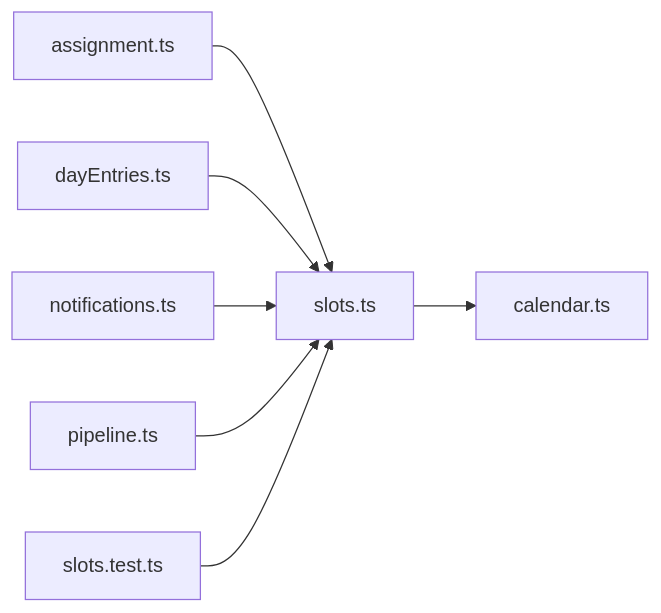
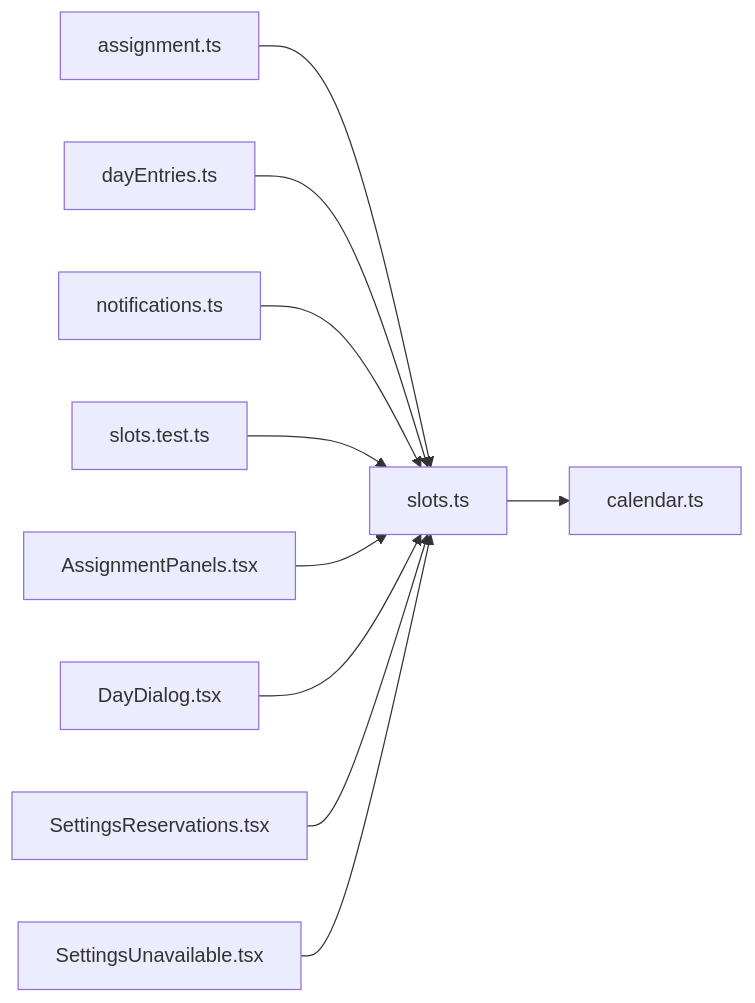
One commit to minkong-dev/Banblit changed the diagram in .cluedoc/graph/frontend/src/lib/slots.md. Above: the diagram before and after it, drawn with Mermaid. The commit also changed other lines of this file and 56 other files, not shown here.

Commit message:
frontend: import pure lib functions from their own files instead of through pipeline

````diff
--- a/.cluedoc/graph/frontend/src/lib/slots.md
+++ b/.cluedoc/graph/frontend/src/lib/slots.md
@@ -10,10 +10,13 @@
 ```mermaid
 flowchart LR
   frontend_src_lib_slots["slots.ts"]
   frontend_src_lib_slots --> frontend_src_lib_calendar["calendar.ts"]
   frontend_src_lib_assignment["assignment.ts"] --> frontend_src_lib_slots
   frontend_src_lib_dayEntries["dayEntries.ts"] --> frontend_src_lib_slots
   frontend_src_lib_notifications["notifications.ts"] --> frontend_src_lib_slots
-  frontend_src_lib_pipeline["pipeline.ts"] --> frontend_src_lib_slots
   frontend_src_lib_slots_test["slots.test.ts"] --> frontend_src_lib_slots
+  frontend_src_routes_AssignmentPanels["AssignmentPanels.tsx"] --> frontend_src_lib_slots
+  frontend_src_routes_DayDialog["DayDialog.tsx"] --> frontend_src_lib_slots
+  frontend_src_routes_SettingsReservations["SettingsReservations.tsx"] --> frontend_src_lib_slots
+  frontend_src_routes_SettingsUnavailable["SettingsUnavailable.tsx"] --> frontend_src_lib_slots
 ```
````
